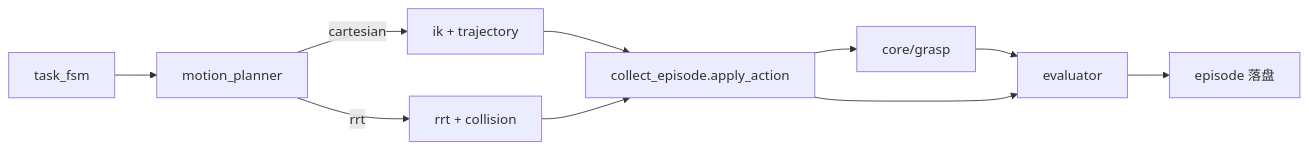
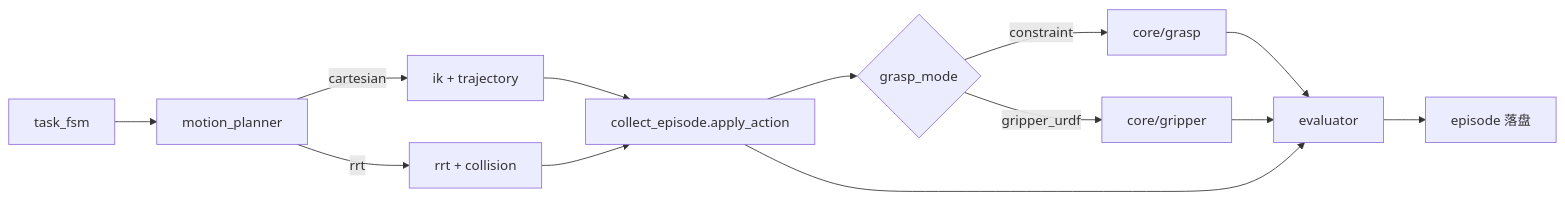
Before and after one commit to inayina/robot-arm-episode-data-lab: the diagram in docs/dev/architecture.md, drawn with Mermaid. The commit also changed other lines of this file and 12 other files, not shown here.

First line of the commit message:
Sync grasp/gripper docs and refresh portfolio demo GIFs.

````diff
--- a/docs/dev/architecture.md
+++ b/docs/dev/architecture.md
@@ -36,12 +39,15 @@
 ```mermaid
 flowchart LR
   FSM[task_fsm] --> MP[motion_planner]
   MP -->|cartesian| IK[ik + trajectory]
   MP -->|rrt| RRT[rrt + collision]
   IK --> Apply[collect_episode.apply_action]
   RRT --> Apply
-  Apply --> Grasp[core/grasp]
-  Grasp --> EV[evaluator]
+  Apply --> Grasp{grasp_mode}
+  Grasp -->|constraint| GC[core/grasp]
+  Grasp -->|gripper_urdf| GP[core/gripper]
+  GC --> EV[evaluator]
+  GP --> EV
   Apply --> EV
   EV --> Save[episode 落盘]
 ```
````
